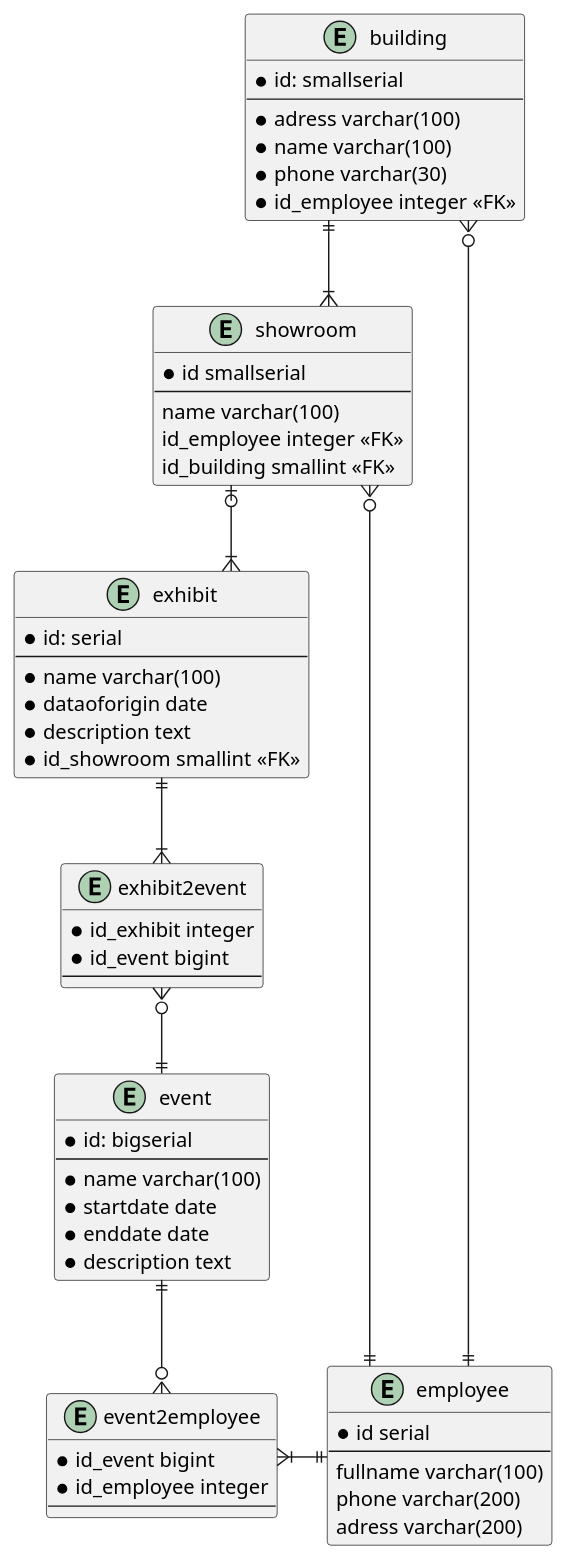
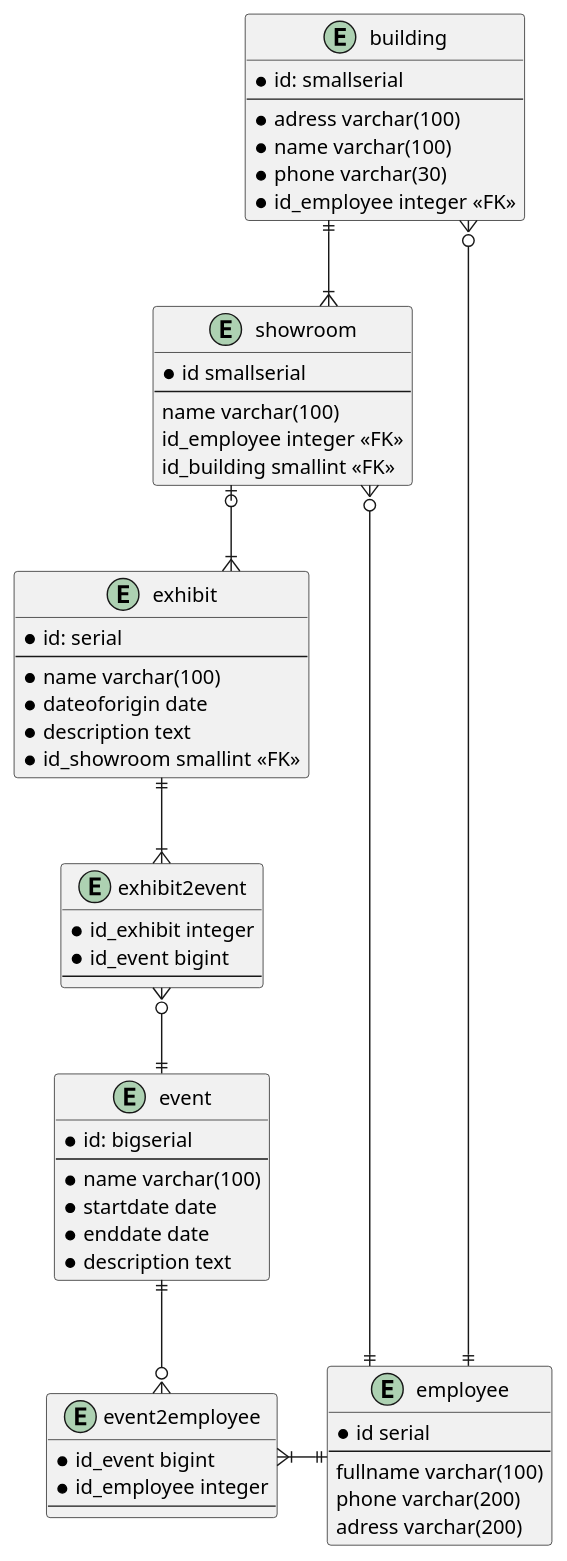
Before and after one commit to CodeDesign2763/DatabaseTask: the diagram in ЛР3/rs2.plantuml, drawn with PlantUML. The commit also changed 5 other files, not shown here.

```diff
--- a/ЛР3/rs2.plantuml
+++ b/ЛР3/rs2.plantuml
@@ -1,74 +1,74 @@
 @startuml
 skinparam linetype ortho
 entity exhibit {
 	  * id: serial
 	  --
 	  * name varchar(100)
-	  * dataoforigin date
+	  * dateoforigin date
 	  * description text
 	  * id_showroom smallint <<FK>>
 }
 
 entity event {
 	  * id: bigserial
 	  --
 	  * name varchar(100)
 	  * startdate date
 	  * enddate date
 	  * description text
 }
 
 entity building {
 	  * id: smallserial
 	  --
 	  * adress varchar(100)
 	  * name varchar(100)
 	  * phone varchar(30)
 	  * id_employee integer <<FK>>
 }
 
 entity exhibit2event {
 	* id_exhibit integer
 	* id_event bigint
 	--
 }
 
 entity showroom {
 	* id smallserial
 	--
 	name varchar(100)
 	id_employee integer <<FK>>
 	id_building smallint <<FK>>
 }
 
 entity employee {
 	* id serial
 	--
 	fullname varchar(100)
 	phone varchar(200)
 	adress varchar(200)
 }
 
 entity event2employee {
 	* id_event bigint 
 	* id_employee integer
 	--
 }
 
 
 
 
 
 building ||--|{ showroom
 building }o--|| employee
 
 showroom |o--|{ exhibit
 showroom }o--|| employee	
 
 exhibit ||--|{ exhibit2event
 exhibit2event }o--|| event
 
 event ||--o{ event2employee
 event2employee }|-right-|| employee
 
 @enduml
```
